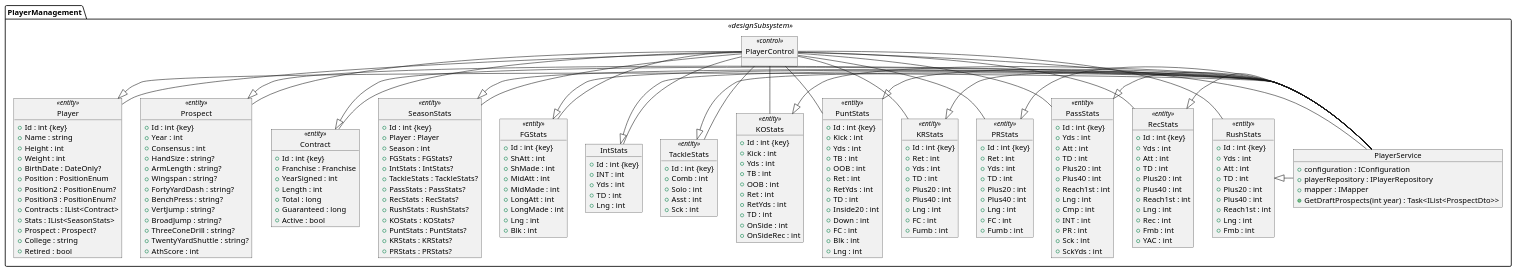
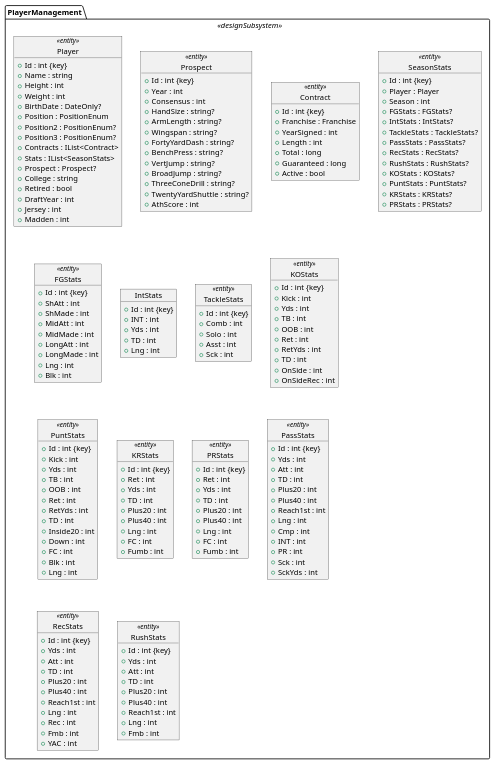
One commit to jorgerr174/MyExpansionTeam changed the diagram in METCore/Diagramas/Diseño/DiagramaDeClases/DiagramaDeClases_PlayersOnlyEntities.puml. Above: the diagram before and after it, drawn with PlantUML. The commit also changed 59 other files, not shown here.

```diff
--- a/METCore/Diagramas/Diseño/DiagramaDeClases/DiagramaDeClases_PlayersOnlyEntities.puml
+++ b/METCore/Diagramas/Diseño/DiagramaDeClases/DiagramaDeClases_PlayersOnlyEntities.puml
@@ -1,15 +1,6 @@
 @startuml Vista_Arquitectonica_METAPI_Diseno
 
 package PlayerManagement <<designSubsystem>> {
-    
-    object PlayerControl <<control>>
-
-    object PlayerService {
-        + configuration : IConfiguration
-        + playerRepository : IPlayerRepository
-        + mapper : IMapper
-        + GetDraftProspects(int year) : Task<IList<ProspectDto>>
-    }
     
     object Player <<entity>> {
         + Id : int {key}
@@ -25,6 +16,9 @@
         + Prospect : Prospect?
         + College : string
         + Retired : bool
+        + DraftYear : int
+        + Jersey : int
+        + Madden : int
     }
     
     object Prospect <<entity>> {
@@ -193,35 +187,5 @@
     }
 }
 
-PlayerControl - PlayerService
-PlayerControl -d- Player
-PlayerControl -d- Prospect
-PlayerControl -d- Contract
-PlayerControl -d- SeasonStats
-PlayerControl -d- FGStats
-PlayerControl -d- IntStats
-PlayerControl -d- TackleStats
-PlayerControl -d- KOStats
-PlayerControl -d- PuntStats
-PlayerControl -d- KRStats
-PlayerControl -d- PRStats
-PlayerControl -d- PassStats
-PlayerControl -d- RecStats
-PlayerControl -d- RushStats
-
-PlayerService -u|> Player
-PlayerService -u|> Prospect
-PlayerService -u|> Contract
-PlayerService -u|> SeasonStats
-PlayerService -u|> FGStats
-PlayerService -u|> IntStats
-PlayerService -u|> TackleStats
-PlayerService -u|> KOStats
-PlayerService -u|> PuntStats
-PlayerService -u|> KRStats
-PlayerService -u|> PRStats
-PlayerService -u|> PassStats
-PlayerService -u|> RecStats
-PlayerService -u|> RushStats
 
 @enduml
```
